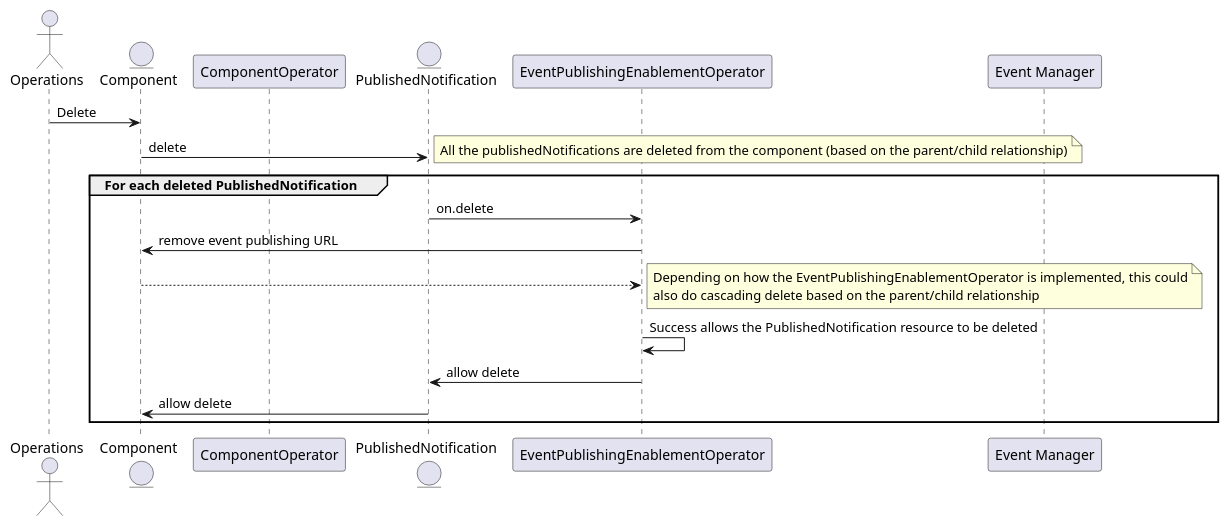
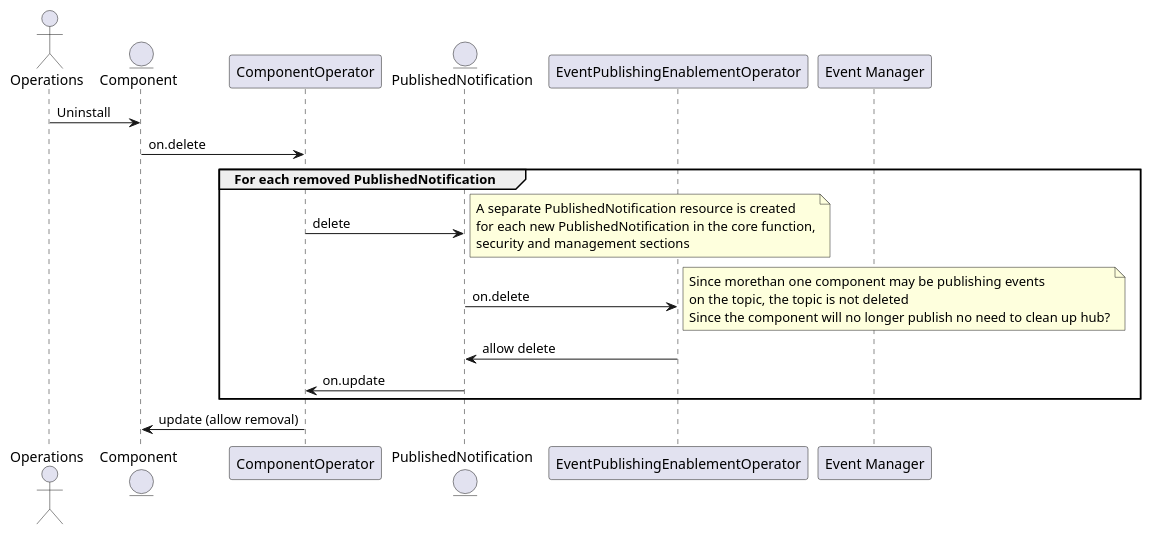
Before and after one commit to tmforum-oda/oda-canvas: the diagram in oda-canvas-ctk/usecase-library/pumlFiles/enableEventPublishing-delete.puml, drawn with PlantUML. The commit also changed 4 other files, not shown here.

Commit message:
Improved Sequence Diagrams for enableEventPublishing

```diff
--- a/oda-canvas-ctk/usecase-library/pumlFiles/enableEventPublishing-delete.puml
+++ b/oda-canvas-ctk/usecase-library/pumlFiles/enableEventPublishing-delete.puml
@@ -1,31 +1,31 @@
 @startuml
 
 actor Operations
 entity Component
 participant ComponentOperator
 entity PublishedNotification
 participant EventPublishingEnablementOperator
 participant "Event Manager" as TMFC019
 
 
-Component <- Operations : Delete
-Component ->  PublishedNotification: delete
-note right
-    All the publishedNotifications are deleted from the component (based on the parent/child relationship)
-end note
-group For each deleted PublishedNotification
-    PublishedNotification -> EventPublishingEnablementOperator: on.delete 
-    EventPublishingEnablementOperator -> Component : remove event publishing URL
-    EventPublishingEnablementOperator <-- Component
-    note right
-        Depending on how the EventPublishingEnablementOperator is implemented, this could
-        also do cascading delete based on the parent/child relationship
-    end note
-
-    EventPublishingEnablementOperator -> EventPublishingEnablementOperator: Success allows the PublishedNotification resource to be deleted
+Component <- Operations : Uninstall
+Component ->  ComponentOperator: on.delete
+group For each removed PublishedNotification
+	ComponentOperator -> PublishedNotification: delete
+	note right
+	    A separate PublishedNotification resource is created
+	    for each new PublishedNotification in the core function,
+	    security and management sections
+	end note
+	PublishedNotification -> EventPublishingEnablementOperator: on.delete
+	note right
+	    Since morethan one component may be publishing events
+	    on the topic, the topic is not deleted
+	    Since the component will no longer publish no need to clean up hub?
+	end note
     PublishedNotification <- EventPublishingEnablementOperator : allow delete
-    Component <- PublishedNotification: allow delete
+    ComponentOperator <- PublishedNotification: on.update
 end
-
+Component <- ComponentOperator: update (allow removal)
 
 @enduml
```
